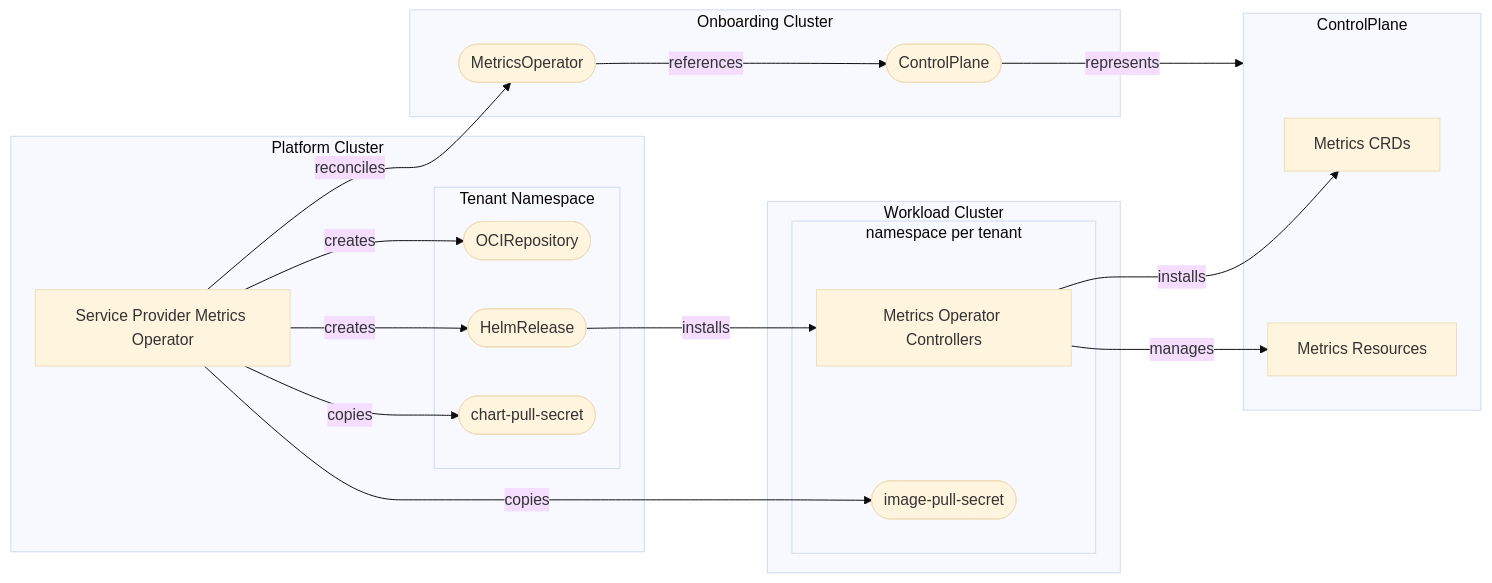
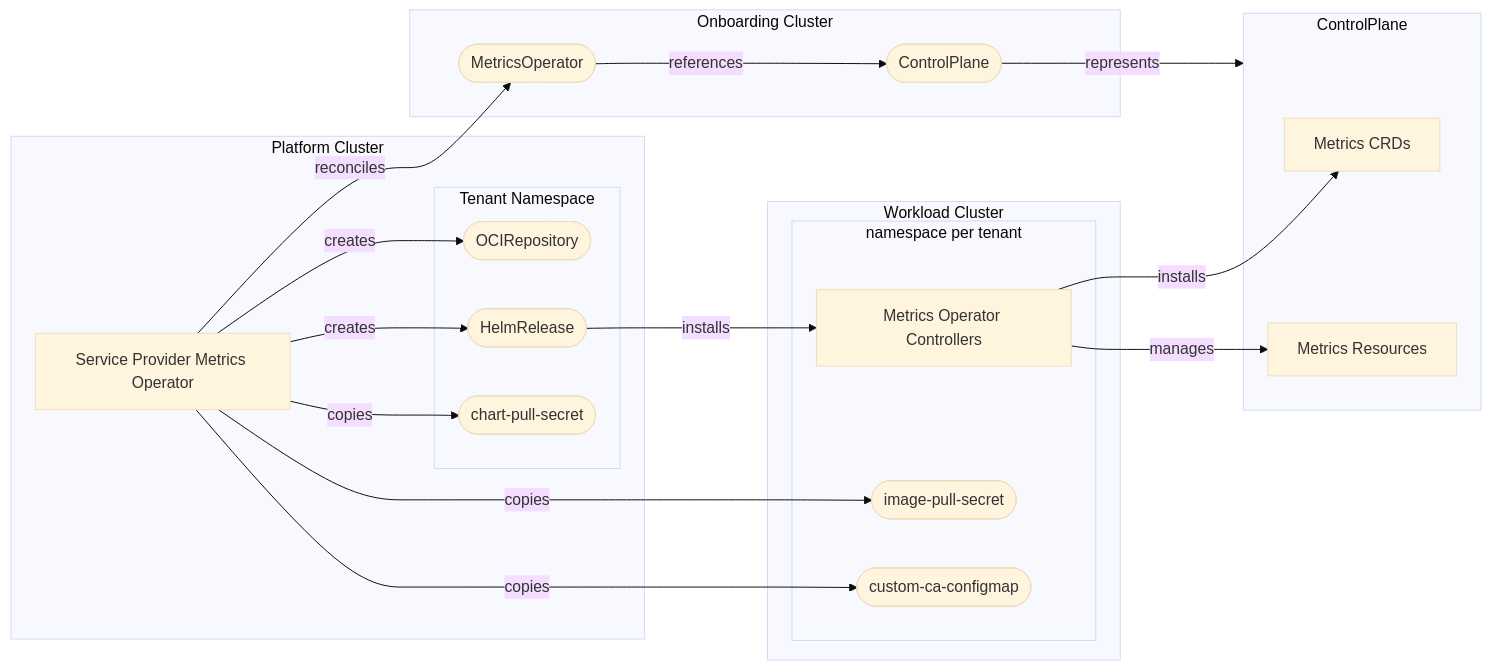
One commit to openmcp-project/service-provider-metrics-operator changed the diagram in README.md. Above: the diagram before and after it, drawn with Mermaid (base theme). The commit also changed 11 other files, not shown here.

````diff
--- a/README.md
+++ b/README.md
@@ -18,41 +18,43 @@
 ```mermaid
 flowchart LR
 
   subgraph PC[Platform Cluster]
     spmo[Service Provider Metrics Operator]
     subgraph TN[Tenant Namespace]
       ocirepo([OCIRepository])
       helmrel([HelmRelease])
       chartsec([chart-pull-secret])
     end
   end
 
   subgraph OC[Onboarding Cluster]
     moapi([MetricsOperator])
     mcpapi([ControlPlane])
 
     moapi -- references --> mcpapi
   end
 
   subgraph mcp[ControlPlane]
     crds[Metrics CRDs]
     metrics[Metrics Resources]
   end
 
   subgraph wl[Workload Cluster]
     subgraph NS[namespace per tenant]
       wlmoctrl[Metrics Operator Controllers]
       imgsec([image-pull-secret])
+      caconfigmap([custom-ca-configmap])
     end
   end
 
   spmo -- reconciles --> moapi
   spmo -- creates --> ocirepo
   spmo -- creates --> helmrel
   spmo -- copies --> chartsec
   spmo -- copies --> imgsec
+  spmo -- copies --> caconfigmap
   helmrel -- installs --> wlmoctrl
   wlmoctrl -- installs --> crds
   wlmoctrl -- manages --> metrics
   mcpapi -- represents --> mcp
 ```
````
